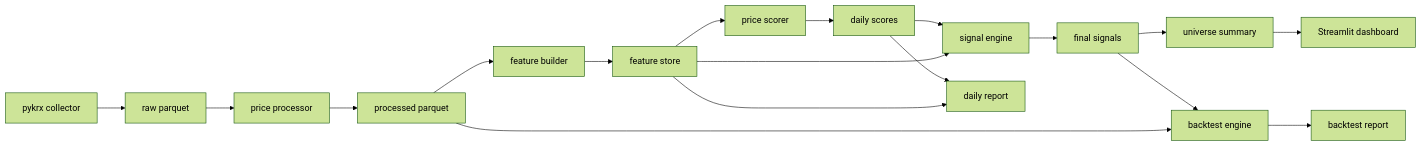
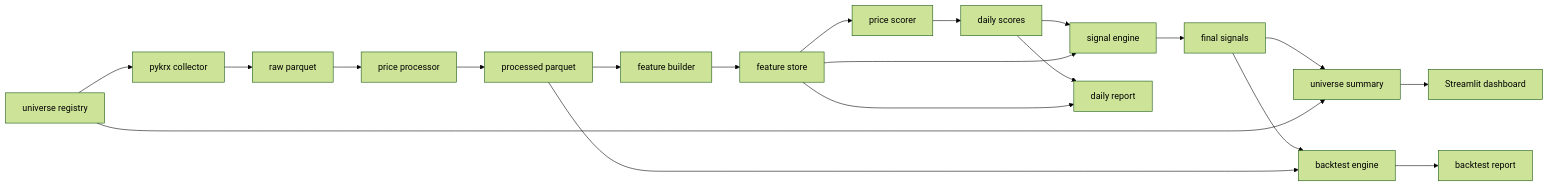
The diagram in README.md (pkb0728-lgtm/krx-alpha-platform), drawn with Mermaid (forest theme) before and after one commit. The commit also changed other lines of this file and 12 other files, not shown here.

````diff
--- a/README.md
+++ b/README.md
@@ -53,20 +55,22 @@
 ```mermaid
 flowchart LR
     A["pykrx collector"] --> B["raw parquet"]
     B --> C["price processor"]
     C --> D["processed parquet"]
     D --> E["feature builder"]
     E --> F["feature store"]
     F --> G["price scorer"]
     G --> H["daily scores"]
     H --> I["signal engine"]
     F --> I
     I --> J["final signals"]
     H --> K["daily report"]
     F --> K
     J --> L["universe summary"]
     L --> M["Streamlit dashboard"]
     J --> N["backtest engine"]
     D --> N
     N --> O["backtest report"]
+    P["universe registry"] --> A
+    P --> L
 ```
````
